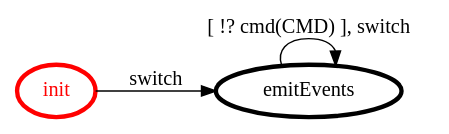
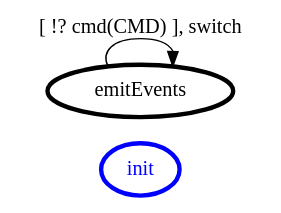
One commit to FFrabetti/ProgettoISS_relazione changed the diagram in it.unibo.finalTask2018/srcMore/it/unibo/fetester/fetester.gv. Above: the diagram before and after it, drawn with Graphviz. The commit also changed 5 other files, not shown here.

```diff
--- a/it.unibo.finalTask2018/srcMore/it/unibo/fetester/fetester.gv
+++ b/it.unibo.finalTask2018/srcMore/it/unibo/fetester/fetester.gv
@@ -1,17 +1,17 @@
 /*
 *
 * A GraphViz DOT FSM description 
 * Please use a GraphViz visualizer (like http://www.webgraphviz.com)
 *  
 */
 
 digraph finite_state_machine {
 	rankdir=LR
 	size="8,5"
 	
 	init [ color = red ][ fontcolor = red ][ penwidth = 3 ]
 	emitEvents [ color = black ][ fontcolor = black ][ penwidth = 3 ]
+	init [ color = blue ][ fontcolor = blue ][ penwidth = 3 ]
 	
-	init -> emitEvents [ label = "switch" ][ color = black ][ fontcolor = black ]
 	emitEvents -> emitEvents [ label = "[ !? cmd(CMD) ], switch" ][ color = black ][ fontcolor = black ]
 }
```
